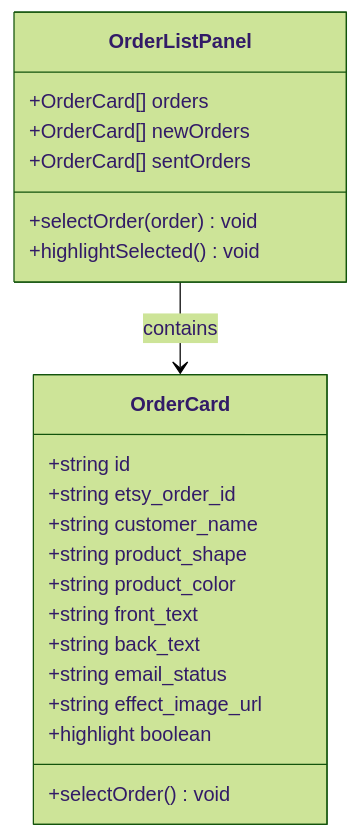
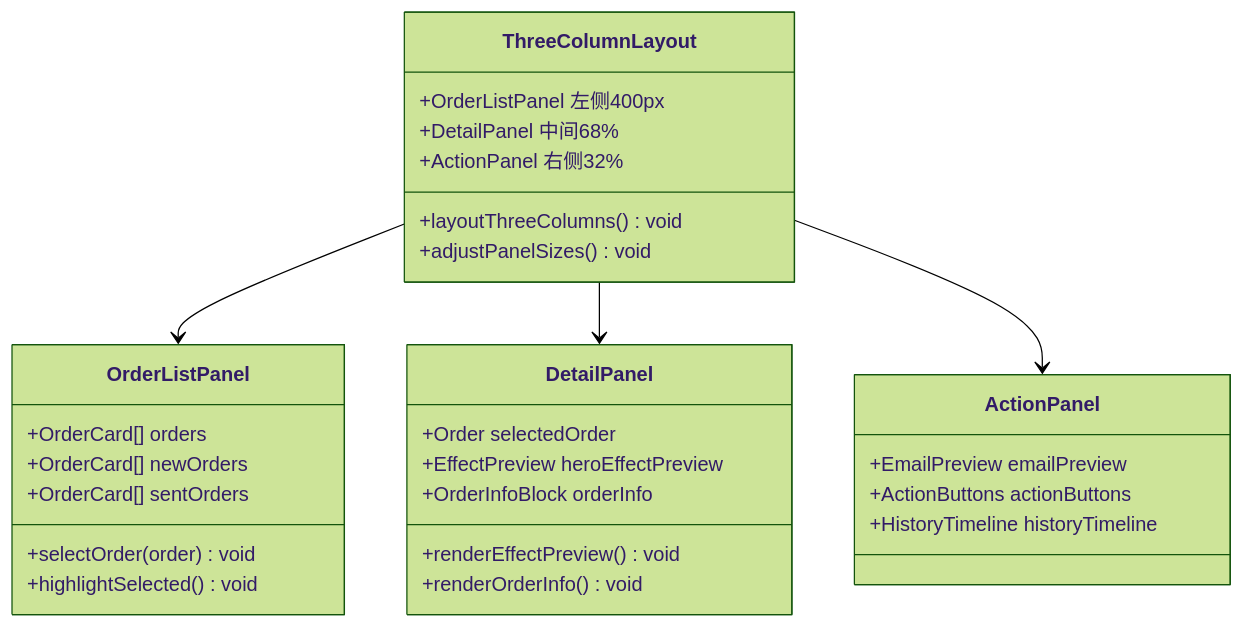
Before and after one commit to SY6621/POD-Order-Management: the second of 18 diagrams in .qoder/repowiki/zh/content/开发指南/客服外链左侧栏模板.md, drawn with Mermaid (forest theme). The commit also changed other lines of this file and 7 other files, not shown here.

````diff
--- a/.qoder/repowiki/zh/content/开发指南/客服外链左侧栏模板.md
+++ b/.qoder/repowiki/zh/content/开发指南/客服外链左侧栏模板.md
@@ -90,24 +95,32 @@
 ```mermaid
 classDiagram
-class OrderCard {
-+string id
-+string etsy_order_id
-+string customer_name
-+string product_shape
-+string product_color
-+string front_text
-+string back_text
-+string email_status
-+string effect_image_url
-+selectOrder() void
-+highlight boolean
+class ThreeColumnLayout {
++OrderListPanel 左侧400px
++DetailPanel 中间68%
++ActionPanel 右侧32%
++layoutThreeColumns() void
++adjustPanelSizes() void
 }
 class OrderListPanel {
 +OrderCard[] orders
 +OrderCard[] newOrders
 +OrderCard[] sentOrders
 +selectOrder(order) void
 +highlightSelected() void
 }
-OrderListPanel --> OrderCard : contains
+class DetailPanel {
++Order selectedOrder
++EffectPreview heroEffectPreview
++OrderInfoBlock orderInfo
++renderEffectPreview() void
++renderOrderInfo() void
+}
+class ActionPanel {
++EmailPreview emailPreview
++ActionButtons actionButtons
++HistoryTimeline historyTimeline
+}
+ThreeColumnLayout --> OrderListPanel
+ThreeColumnLayout --> DetailPanel
+ThreeColumnLayout --> ActionPanel
 ```
````
